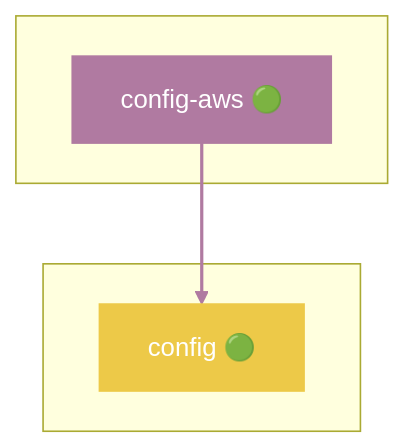
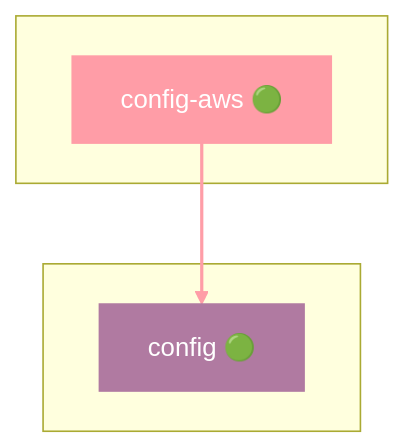
One commit to grest-ts/grest-ts changed the ninth of 46 diagrams in docs/DEPENDENCIES.md. Above: the diagram before and after it, drawn with Mermaid. The commit also changed other lines of this file and 59 other files, not shown here.

````diff
--- a/docs/DEPENDENCIES.md
+++ b/docs/DEPENDENCIES.md
@@ -647,13 +665,13 @@
 ```mermaid
 flowchart TB
     subgraph Package[" "]
         config-aws["config-aws 🟢"]
     end
     subgraph Dependencies[" "]
         config["config 🟢"]
     end
     config-aws --> config
-    style config-aws fill:#B07AA1,stroke:#B07AA1,color:#fff
-    style config fill:#EDC948,stroke:#EDC948,color:#fff
-    linkStyle 0 stroke:#B07AA1,stroke-width:2px
+    style config-aws fill:#FF9DA7,stroke:#FF9DA7,color:#fff
+    style config fill:#B07AA1,stroke:#B07AA1,color:#fff
+    linkStyle 0 stroke:#FF9DA7,stroke-width:2px
 ```
````
